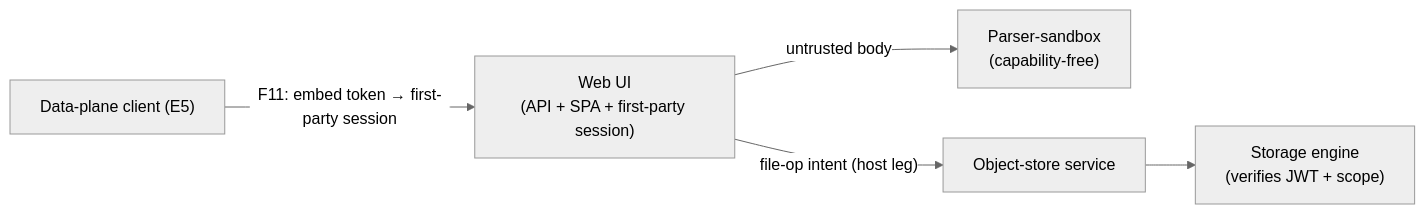
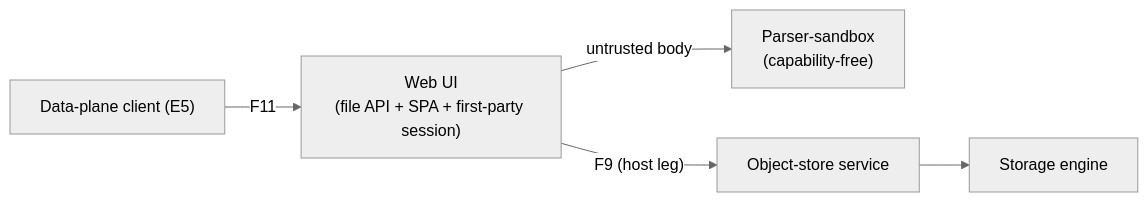
The diagram in docs/architecture/components/08-web-ui.md (Wide-Moat/open-computer-use), drawn with Mermaid (neutral theme) before and after one commit. The commit also changed other lines of this file and 6 other files, not shown here.

First line of the commit message:
docs(architecture): polish every component spec to constitution-grade clarity (wave 2)

````diff
--- a/docs/architecture/components/08-web-ui.md
+++ b/docs/architecture/components/08-web-ui.md
@@ -40,12 +40,12 @@
 ```mermaid
 flowchart LR
     E5["Data-plane client (E5)"]
-    UI["Web UI<br/>(API + SPA + first-party session)"]
+    UI["Web UI<br/>(file API + SPA + first-party session)"]
     PS["Parser-sandbox<br/>(capability-free)"]
     OSS["Object-store service"]
-    ENG["Storage engine<br/>(verifies JWT + scope)"]
-    E5 -->|"F11: embed token → first-party session"| UI
+    ENG["Storage engine"]
+    E5 -->|"F11"| UI
     UI -->|"untrusted body"| PS
-    UI -->|"file-op intent (host leg)"| OSS
+    UI -->|"F9 (host leg)"| OSS
     OSS --> ENG
 ```
````
